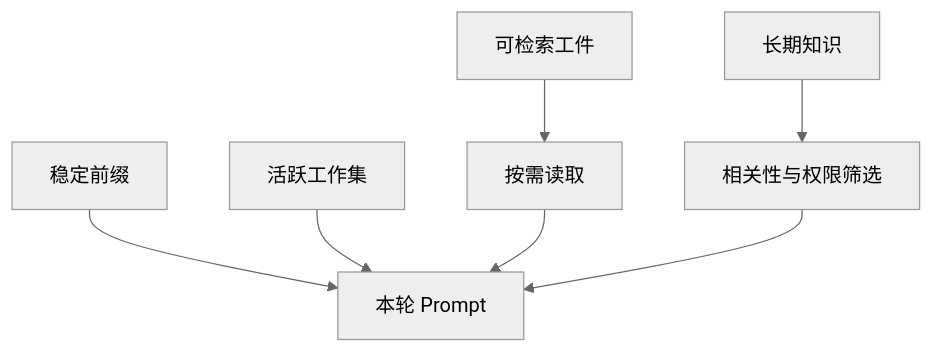
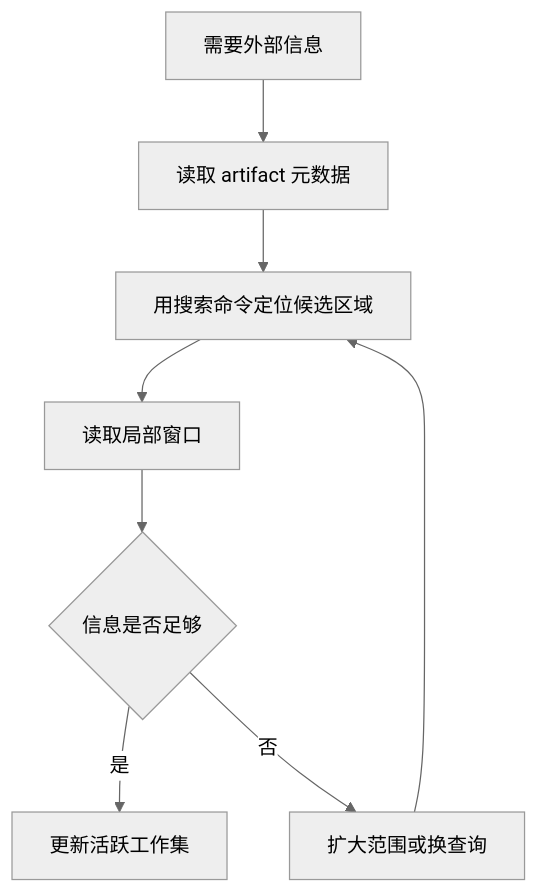
The third of 10 diagrams in docs/notes/context-management/index.md (ZackLiang/llm-learning-journey), drawn with Mermaid (neutral theme) before and after one commit. The commit also changed other lines of this file and 7 other files, not shown here.

````diff
--- a/docs/notes/context-management/index.md
+++ b/docs/notes/context-management/index.md
@@ -78,9 +374,10 @@
 ```mermaid
 flowchart TD
-    A[稳定前缀] --> E[本轮 Prompt]
-    B[活跃工作集] --> E
-    C[可检索工件] --> D[按需读取]
-    D --> E
-    F[长期知识] --> G[相关性与权限筛选]
-    G --> E
+    A[需要外部信息] --> B[读取 artifact 元数据]
+    B --> C[用搜索命令定位候选区域]
+    C --> D[读取局部窗口]
+    D --> E{信息是否足够}
+    E -->|是| F[更新活跃工作集]
+    E -->|否| G[扩大范围或换查询]
+    G --> C
 ```
````
